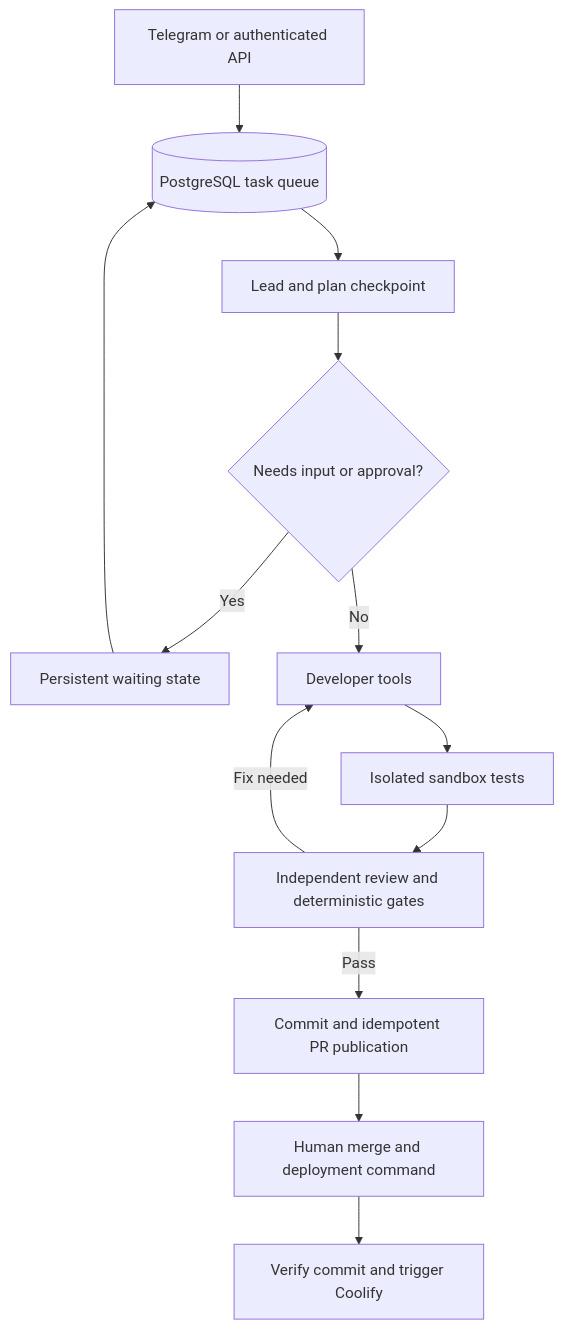
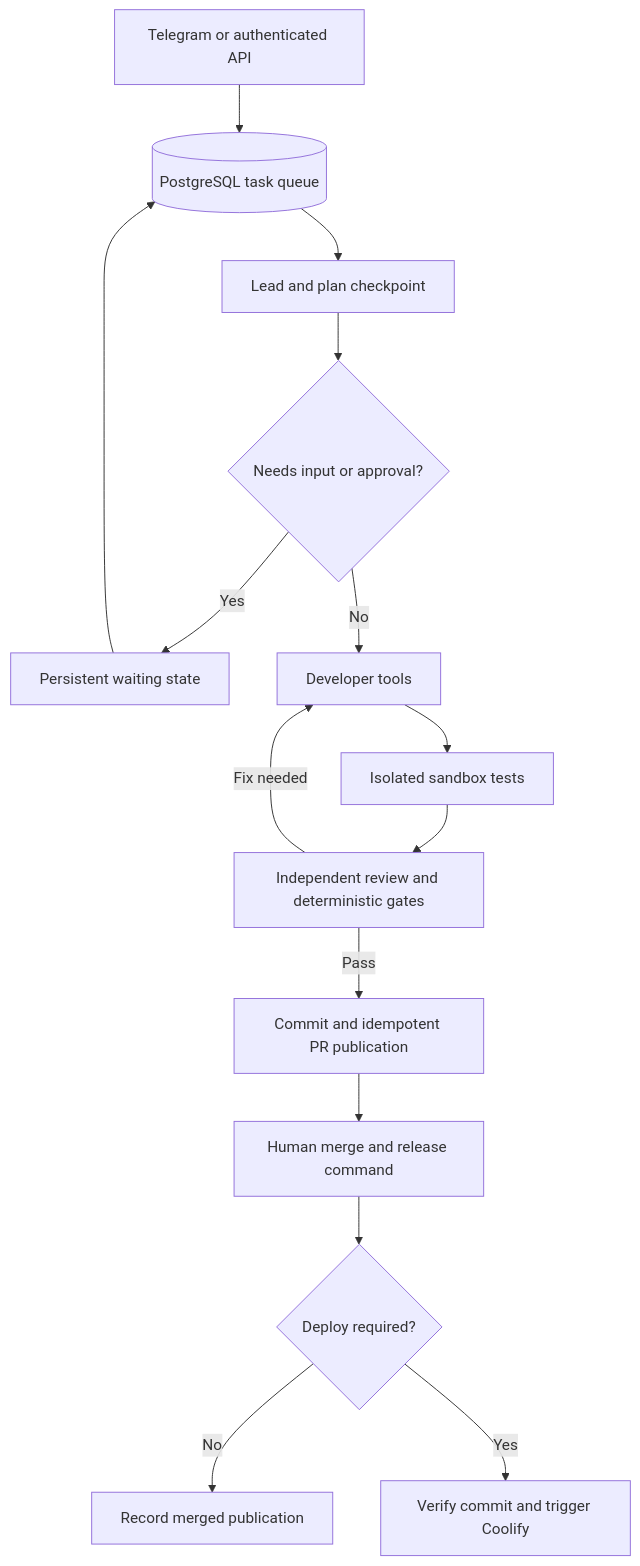
Before and after one commit to degitalintelligence/ai-factory: the diagram in docs/ARCHITECTURE.md, drawn with Mermaid. The commit also changed other lines of this file and 11 other files, not shown here.

Commit message:
Allow publication acknowledgement for non-deploy projects

````diff
--- a/docs/ARCHITECTURE.md
+++ b/docs/ARCHITECTURE.md
@@ -7,15 +7,17 @@
 ```mermaid
 flowchart TD
   Input[Telegram or authenticated API] --> Queue[(PostgreSQL task queue)]
   Queue --> Lead[Lead and plan checkpoint]
   Lead --> Decision{Needs input or approval?}
   Decision -->|Yes| Wait[Persistent waiting state]
   Wait --> Queue
   Decision -->|No| Dev[Developer tools]
   Dev --> Tests[Isolated sandbox tests]
   Tests --> Review[Independent review and deterministic gates]
   Review -->|Fix needed| Dev
   Review -->|Pass| Publish[Commit and idempotent PR publication]
-  Publish --> Human[Human merge and deployment command]
-  Human --> Deploy[Verify commit and trigger Coolify]
+  Publish --> Human[Human merge and release command]
+  Human --> Release{Deploy required?}
+  Release -->|No| Complete[Record merged publication]
+  Release -->|Yes| Deploy[Verify commit and trigger Coolify]
 ```
````
